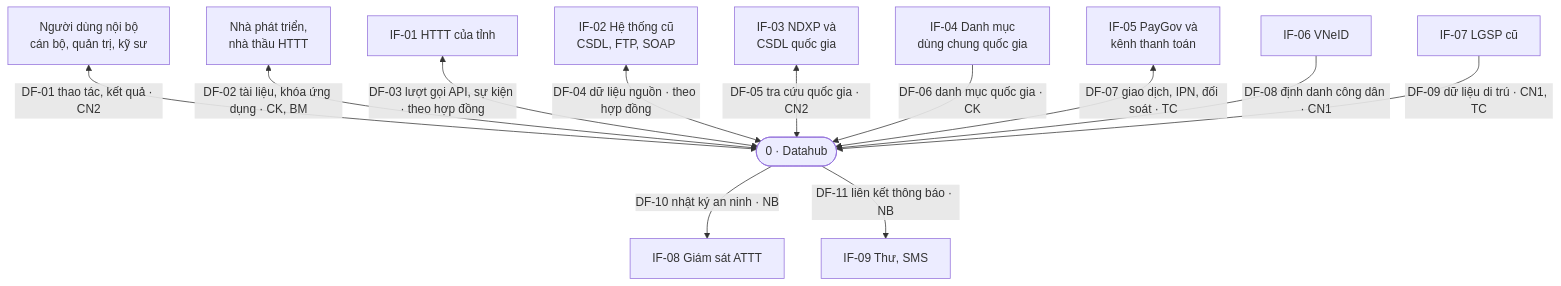
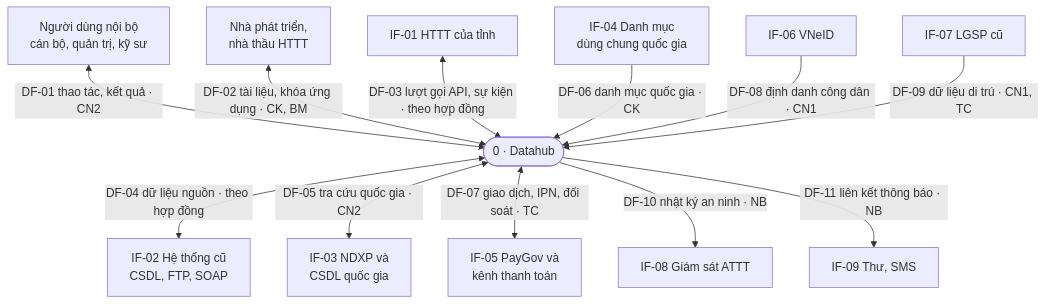
The second of 17 diagrams in datahub-docs/02-yeu-cau/D02-06-dfd-phan-loai-du-lieu.md (caprocute/DATAHUB), drawn with Mermaid before and after one commit. The commit also changed other lines of this file and 2 other files, not shown here.

````diff
--- a/datahub-docs/02-yeu-cau/D02-06-dfd-phan-loai-du-lieu.md
+++ b/datahub-docs/02-yeu-cau/D02-06-dfd-phan-loai-du-lieu.md
@@ -212,26 +212,26 @@
 ```{.mermaid caption="DFD mức 0: Datahub và các thực thể ngoài, có nhãn nhóm dữ liệu trên luồng"}
 flowchart TB
   U1["Người dùng nội bộ<br/>cán bộ, quản trị, kỹ sư"]
   U2["Nhà phát triển,<br/>nhà thầu HTTT"]
   IF01["IF-01 HTTT của tỉnh"]
   IF02["IF-02 Hệ thống cũ<br/>CSDL, FTP, SOAP"]
   IF03["IF-03 NDXP và<br/>CSDL quốc gia"]
   IF04["IF-04 Danh mục<br/>dùng chung quốc gia"]
   IF05["IF-05 PayGov và<br/>kênh thanh toán"]
   IF06["IF-06 VNeID"]
   IF07["IF-07 LGSP cũ"]
   IF08["IF-08 Giám sát ATTT"]
   IF09["IF-09 Thư, SMS"]
   DH(["0 · Datahub"])
   U1 <-->|"DF-01 thao tác, kết quả · CN2"| DH
   U2 <-->|"DF-02 tài liệu, khóa ứng dụng · CK, BM"| DH
   IF01 <-->|"DF-03 lượt gọi API, sự kiện · theo hợp đồng"| DH
-  IF02 <-->|"DF-04 dữ liệu nguồn · theo hợp đồng"| DH
-  IF03 <-->|"DF-05 tra cứu quốc gia · CN2"| DH
+  DH <-->|"DF-04 dữ liệu nguồn · theo hợp đồng"| IF02
+  DH <-->|"DF-05 tra cứu quốc gia · CN2"| IF03
   IF04 -->|"DF-06 danh mục quốc gia · CK"| DH
-  IF05 <-->|"DF-07 giao dịch, IPN, đối soát · TC"| DH
+  DH <-->|"DF-07 giao dịch, IPN, đối soát · TC"| IF05
   IF06 -->|"DF-08 định danh công dân · CN1"| DH
   IF07 -->|"DF-09 dữ liệu di trú · CN1, TC"| DH
   DH -->|"DF-10 nhật ký an ninh · NB"| IF08
   DH -->|"DF-11 liên kết thông báo · NB"| IF09
 ```
````
